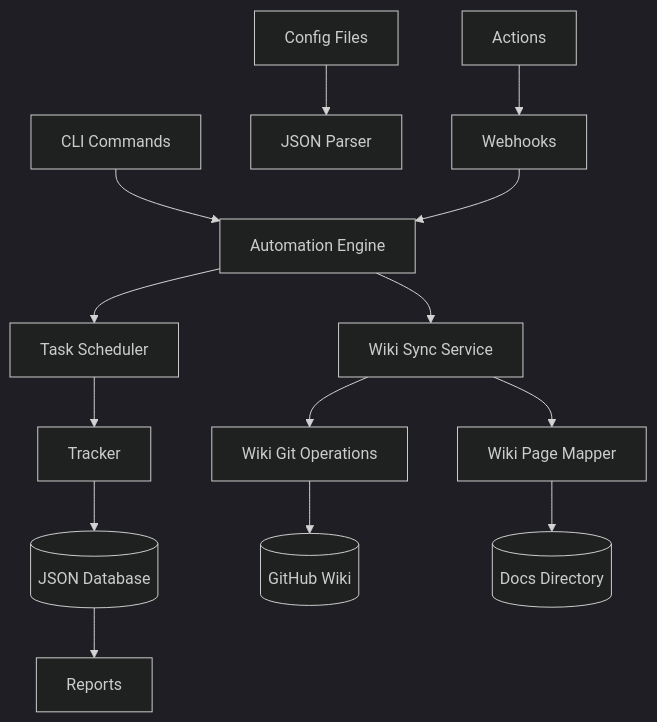
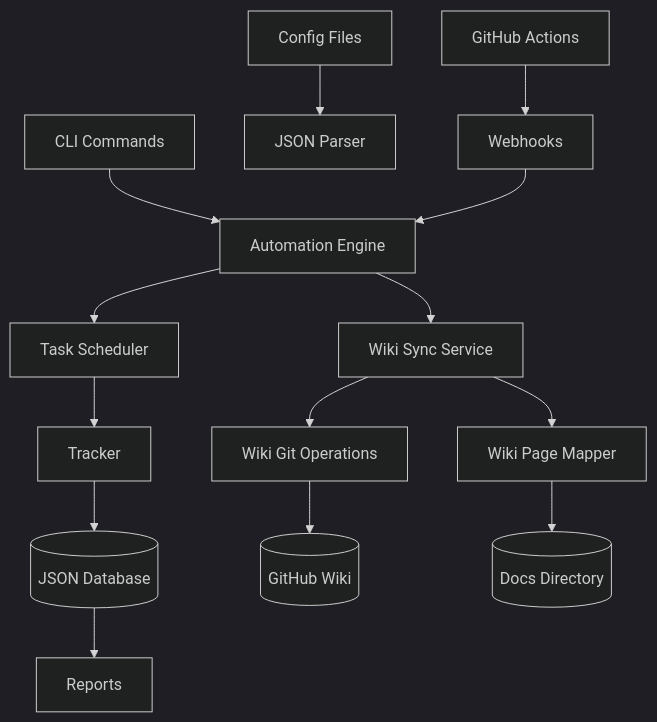
One commit to Shakour-Data/AutoProjectManagement changed the second of 11 diagrams in README.md. Above: the diagram before and after it, drawn with Mermaid (dark theme).

Commit message:
`Update README.md with corrected graph TB diagram`

````diff
--- a/README.md
+++ b/README.md
@@ -33,16 +33,16 @@
 ```mermaid
 graph TB
     CLI[CLI Commands] --> Engine[Automation Engine]
     Config[Config Files] --> Parser[JSON Parser]
     Engine --> Scheduler[Task Scheduler]
-    Scheduler --> Tracker
+    Scheduler --> Tracker[Tracker]
     Tracker --> JSONDB[(JSON Database)]
-    JSONDB --> Reports
-    Actions --> Webhooks
+    JSONDB --> Reports[Reports]
+    Actions[GitHub Actions] --> Webhooks[Webhooks]
     Webhooks --> Engine
     Engine --> WikiSync[Wiki Sync Service]
     WikiSync --> WikiGit[Wiki Git Operations]
     WikiGit --> GitHubWiki[(GitHub Wiki)]
     WikiSync --> PageMapper[Wiki Page Mapper]
     PageMapper --> Docs[(Docs Directory)]
 ```
````
